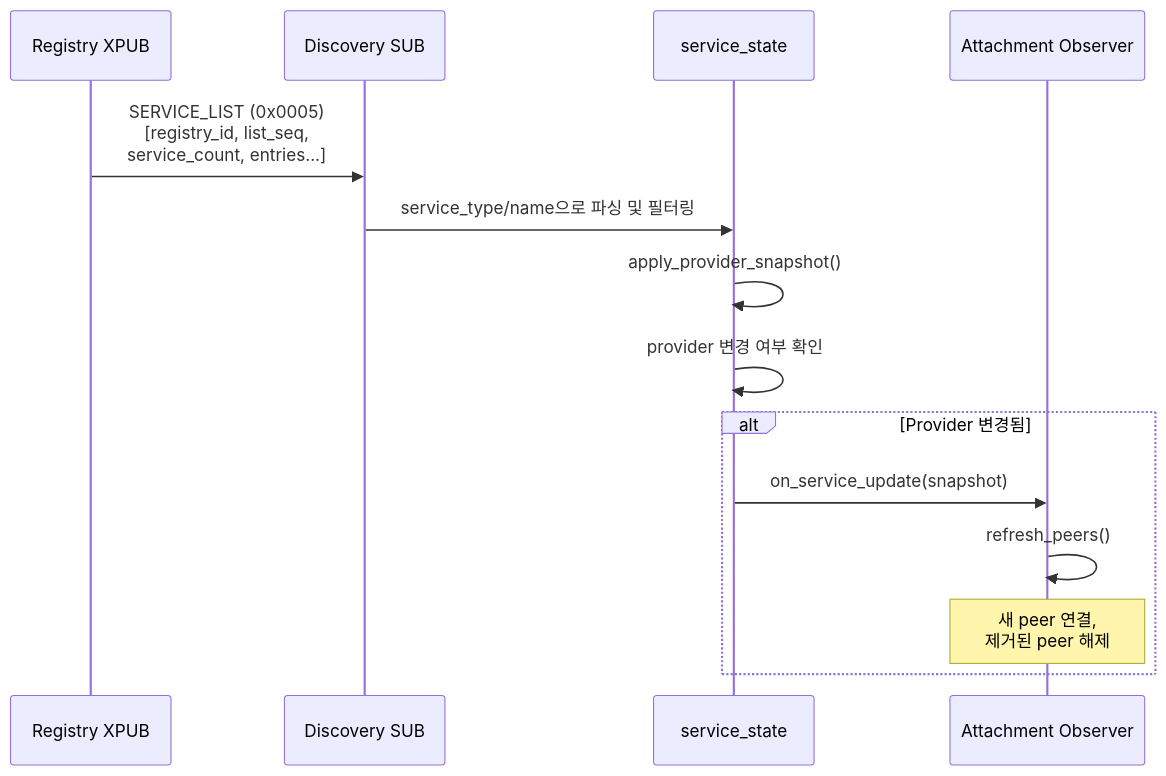
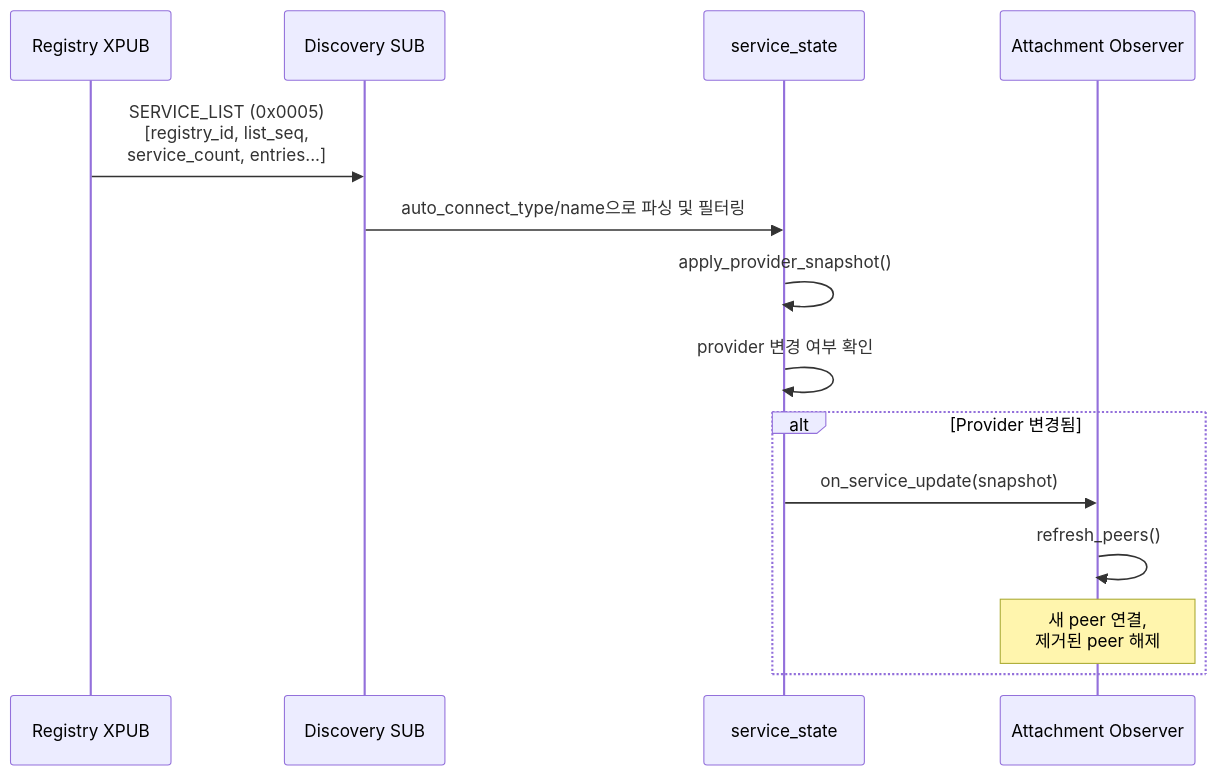
The fifth of 11 diagrams in doc/internals/discovery-internals.ko.md (kairos-code-dev/zlink), drawn with Mermaid before and after one commit. The commit also changed other lines of this file and 228 other files, not shown here.

Commit message:
Implement discovery auto-connect channel types

````diff
--- a/doc/internals/discovery-internals.ko.md
+++ b/doc/internals/discovery-internals.ko.md
@@ -121,18 +121,18 @@
 ```mermaid
 sequenceDiagram
     participant REG as Registry XPUB
     participant SUB as Discovery SUB
     participant State as service_state
     participant Observer as Attachment Observer
 
     REG->>SUB: SERVICE_LIST (0x0005)<br/>[registry_id, list_seq,<br/>service_count, entries...]
-    SUB->>State: service_type/name으로 파싱 및 필터링
+    SUB->>State: auto_connect_type/name으로 파싱 및 필터링
     State->>State: apply_provider_snapshot()
     State->>State: provider 변경 여부 확인
 
     alt Provider 변경됨
         State->>Observer: on_service_update(snapshot)
         Observer->>Observer: refresh_peers()
         Note over Observer: 새 peer 연결,<br/>제거된 peer 해제
     end
 ```
````
